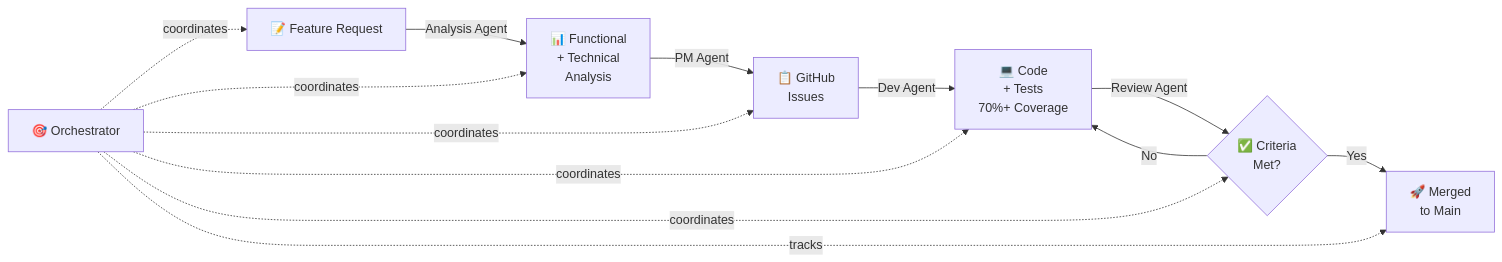
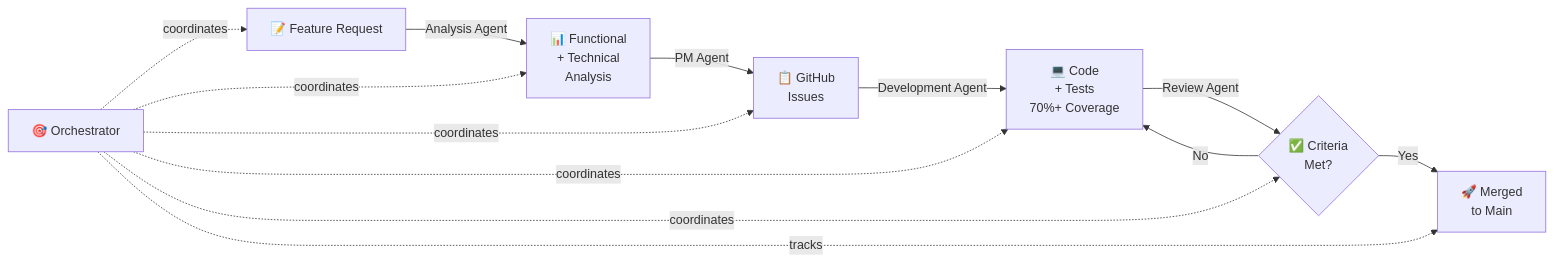
The diagram in README.md (RominaRenzini/ticketing-engine), drawn with Mermaid before and after one commit. The commit also changed other lines of this file, not shown here.

````diff
--- a/README.md
+++ b/README.md
@@ -33,16 +33,16 @@
 ```mermaid
 graph LR
     A["📝 Feature Request"] -->|Analysis Agent| B["📊 Functional<br/>+ Technical<br/>Analysis"]
     B -->|PM Agent| C["📋 GitHub<br/>Issues"]
-    C -->|Dev Agent| D["💻 Code<br/>+ Tests<br/>70%+ Coverage"]
+    C -->|Development Agent| D["💻 Code<br/>+ Tests<br/>70%+ Coverage"]
     D -->|Review Agent| E{"✅ Criteria<br/>Met?"}
     E -->|Yes| F["🚀 Merged<br/>to Main"]
     E -->|No| D
     
     G["🎯 Orchestrator"] -.->|coordinates| A
     G -.->|coordinates| B
     G -.->|coordinates| C
     G -.->|coordinates| D
     G -.->|coordinates| E
     G -.->|tracks| F
 ```
````
